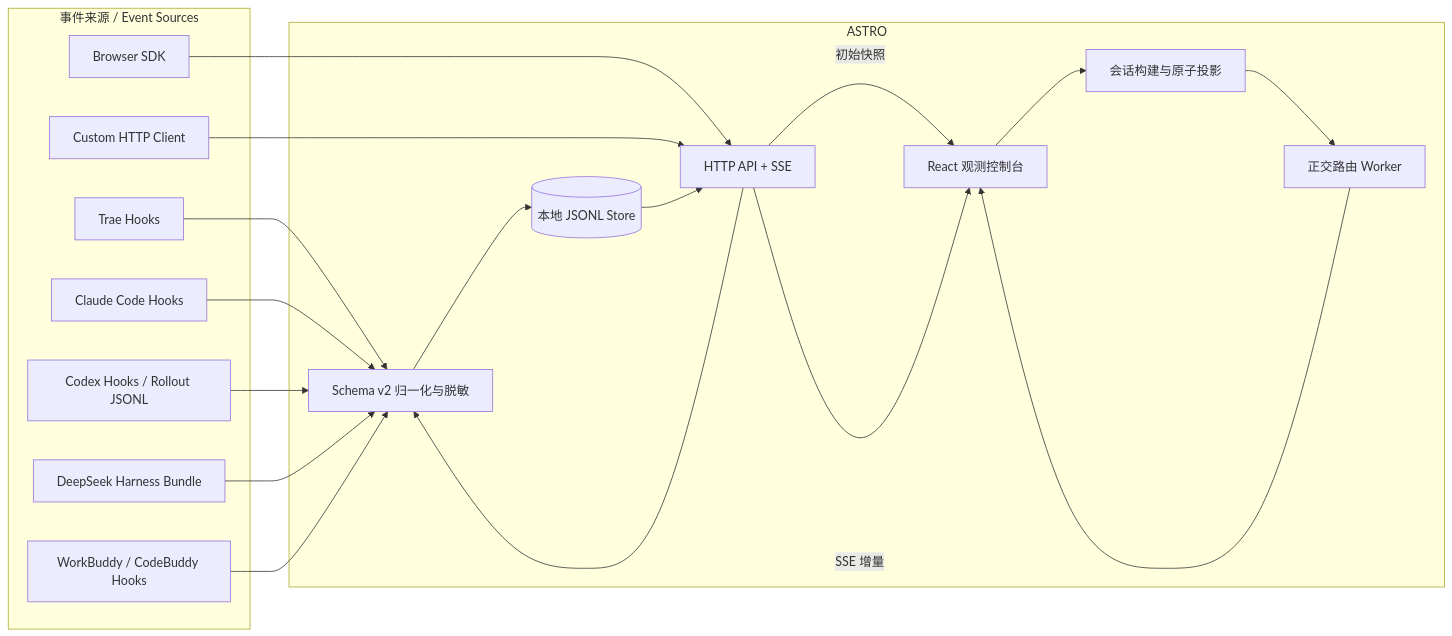
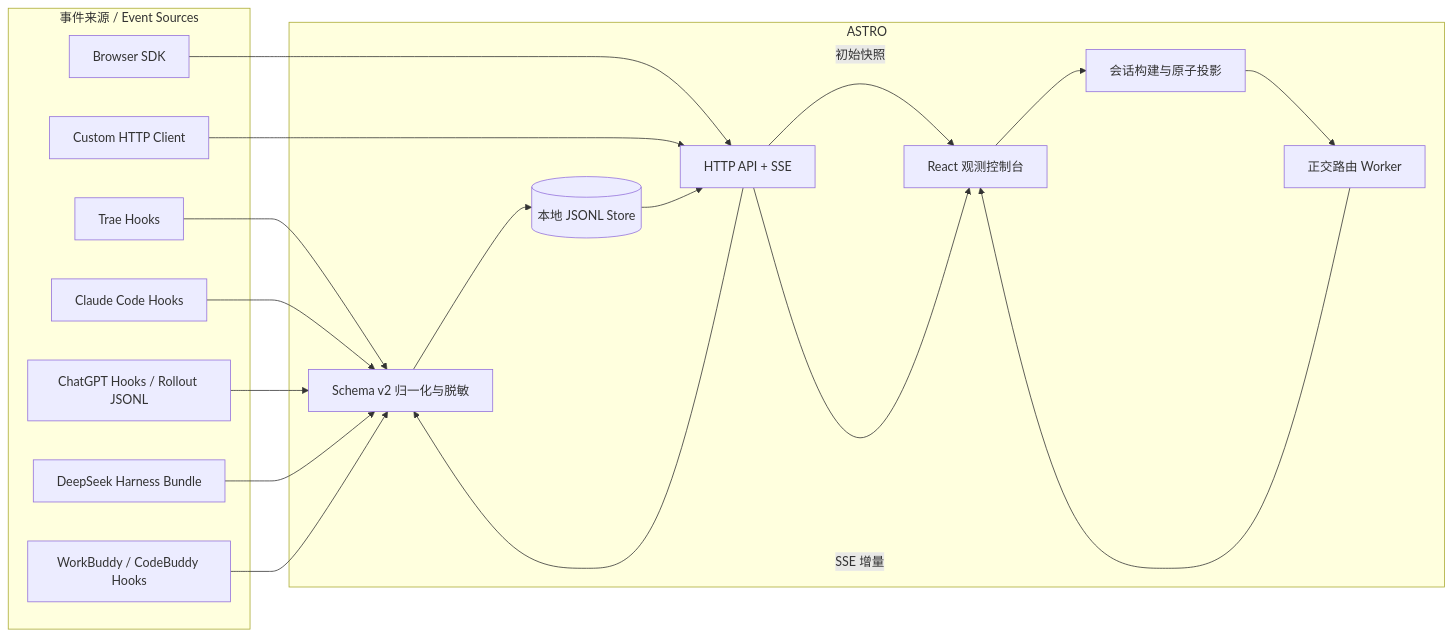
The first of 3 diagrams in docs/architecture-zh.md (chaos-design/astro), drawn with Mermaid before and after one commit. The commit also changed other lines of this file and 104 other files, not shown here.

First line of the commit message:
refactor(brand): rename Codex to ChatGPT across the codebase

````diff
--- a/docs/architecture-zh.md
+++ b/docs/architecture-zh.md
@@ -24,35 +24,35 @@
 ```mermaid
 flowchart LR
   subgraph Sources["事件来源 / Event Sources"]
     T["Trae Hooks"]
     C["Claude Code Hooks"]
-    X["Codex Hooks / Rollout JSONL"]
+    X["ChatGPT Hooks / Rollout JSONL"]
     D["DeepSeek Harness Bundle"]
     W["WorkBuddy / CodeBuddy Hooks"]
     B["Browser SDK"]
     H["Custom HTTP Client"]
   end
 
   subgraph Astro["ASTRO"]
     N["Schema v2 归一化与脱敏"]
     S[("本地 JSONL Store")]
     API["HTTP API + SSE"]
     P["会话构建与原子投影"]
     R["正交路由 Worker"]
     UI["React 观测控制台"]
   end
 
   T --> N
   C --> N
   X --> N
   D --> N
   W --> N
   B --> API
   H --> API
   API --> N
   N --> S
   S --> API
   API -->|"初始快照"| UI
   API -->|"SSE 增量"| UI
   UI --> P --> R --> UI
 ```
````
